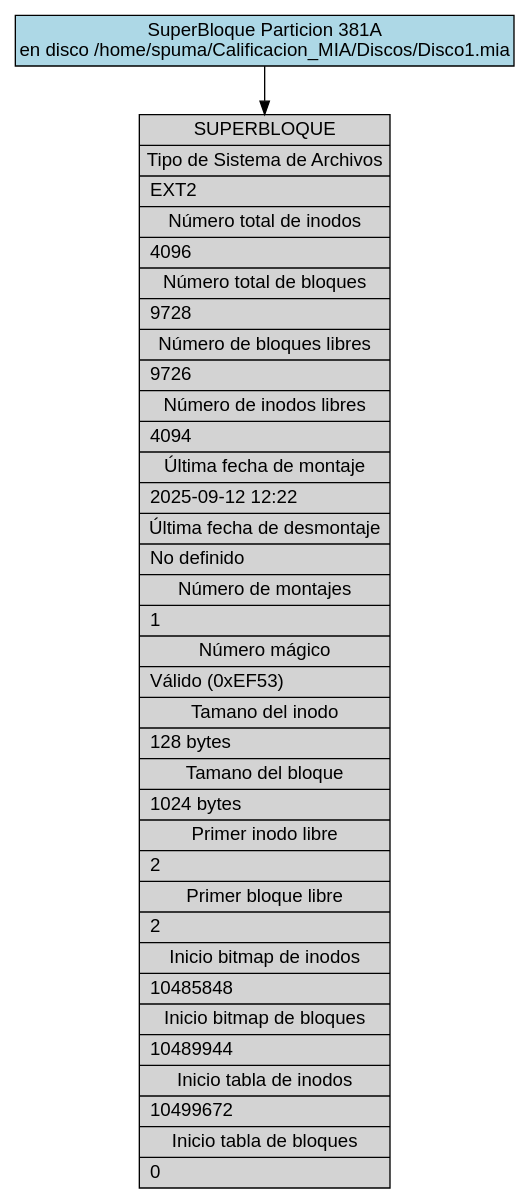
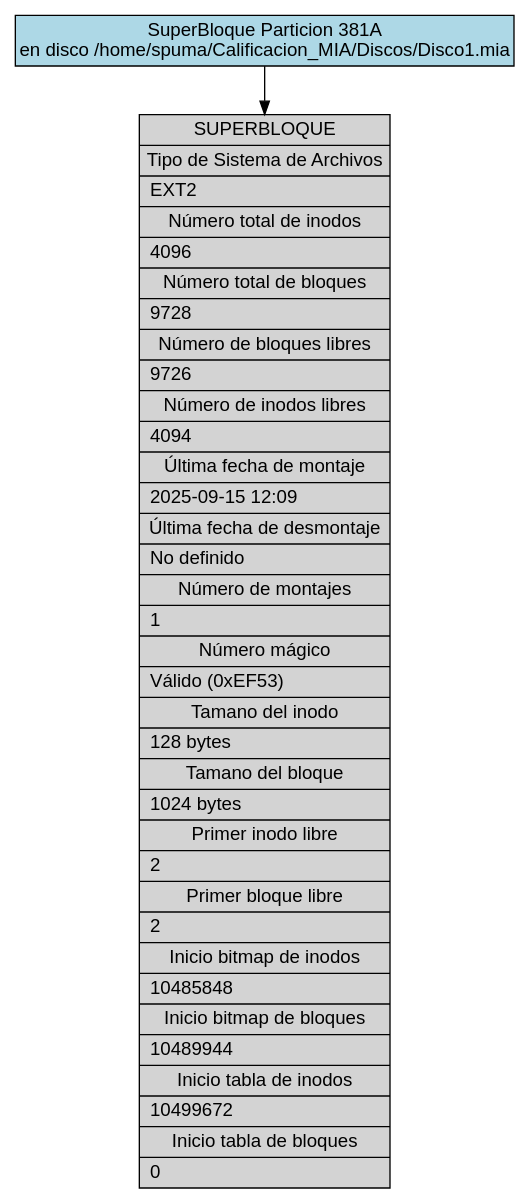
Before and after one commit to DiegVas/MIA_2S2025_P1_202300638: the diagram in backend/provider/reports/src/sb_381A.dot, drawn with Graphviz. The commit also changed 34 other files, not shown here.

```diff
--- a/backend/provider/reports/src/sb_381A.dot
+++ b/backend/provider/reports/src/sb_381A.dot
@@ -1,13 +1,13 @@
 digraph Superblock_Report {
     rankdir=TB;
     node [shape=record, fontname="Arial"];
     edge [fontname="Arial"];
     graph [fontname="Arial"];
 
     title [label="SuperBloque Particion 381A\nen disco /home/spuma/Calificacion_MIA/Discos/Disco1.mia", shape=box, style=filled, fillcolor=lightblue];
 
-    superblock [label="{SUPERBLOQUE|Tipo de Sistema de Archivos|EXT2\l|Número total de inodos|4096\l|Número total de bloques|9728\l|Número de bloques libres|9726\l|Número de inodos libres|4094\l|Última fecha de montaje|2025-09-12 12:22\l|Última fecha de desmontaje|No definido\l|Número de montajes|1\l|Número mágico|Válido (0xEF53)\l|Tamano del inodo|128 bytes\l|Tamano del bloque|1024 bytes\l|Primer inodo libre|2\l|Primer bloque libre|2\l|Inicio bitmap de inodos|10485848\l|Inicio bitmap de bloques|10489944\l|Inicio tabla de inodos|10499672\l|Inicio tabla de bloques|0\l}", style=filled, fillcolor=lightgray];
+    superblock [label="{SUPERBLOQUE|Tipo de Sistema de Archivos|EXT2\l|Número total de inodos|4096\l|Número total de bloques|9728\l|Número de bloques libres|9726\l|Número de inodos libres|4094\l|Última fecha de montaje|2025-09-15 12:09\l|Última fecha de desmontaje|No definido\l|Número de montajes|1\l|Número mágico|Válido (0xEF53)\l|Tamano del inodo|128 bytes\l|Tamano del bloque|1024 bytes\l|Primer inodo libre|2\l|Primer bloque libre|2\l|Inicio bitmap de inodos|10485848\l|Inicio bitmap de bloques|10489944\l|Inicio tabla de inodos|10499672\l|Inicio tabla de bloques|0\l}", style=filled, fillcolor=lightgray];
 
     title -> superblock;
 
 }
```
